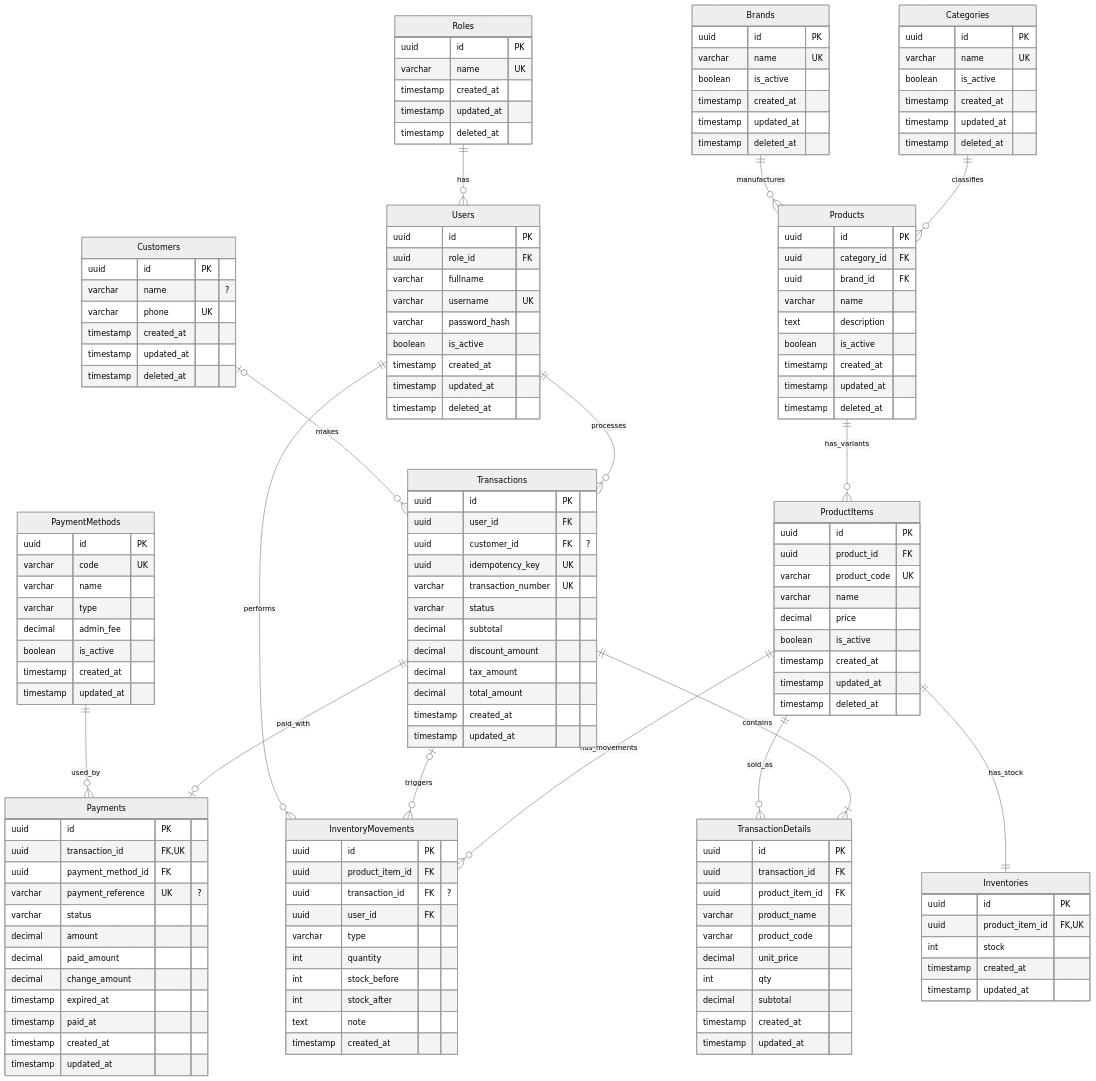
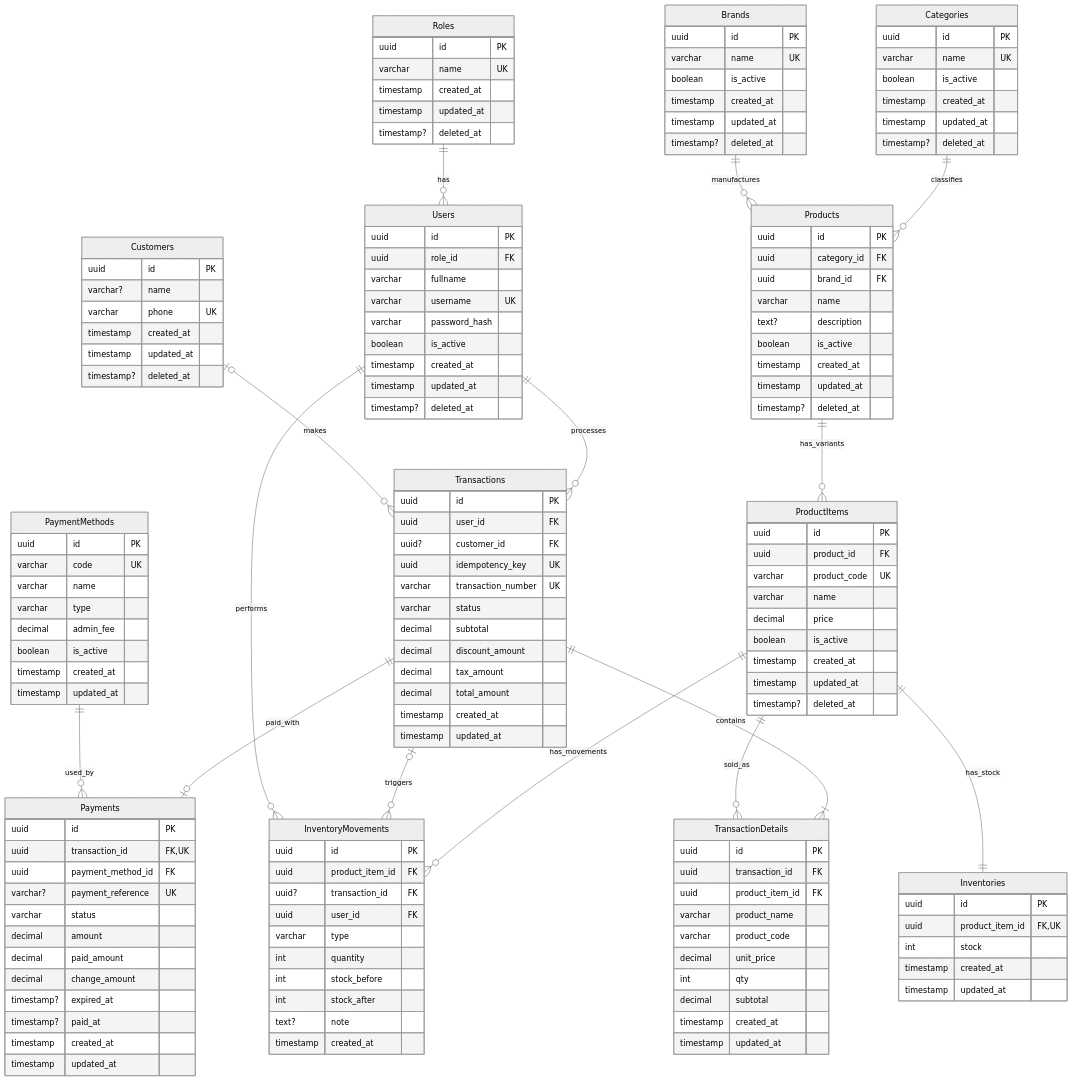
Before and after one commit to Koda-B8/NashTaGroup-Sandbox: the diagram in README.md, drawn with Mermaid (neutral theme).

Commit message:
refactor: update ERD to use optional fields for better clarity

````diff
--- a/README.md
+++ b/README.md
@@ -29,7 +29,7 @@
         varchar name UK
         timestamp created_at
         timestamp updated_at
-        timestamp deleted_at
+        timestamp? deleted_at
     }
 
     Users {
@@ -41,16 +41,16 @@
         boolean is_active
         timestamp created_at
         timestamp updated_at
-        timestamp deleted_at
+        timestamp? deleted_at
     }
 
     Customers {
         uuid id PK
-        varchar name "?"
+        varchar? name
         varchar phone UK
         timestamp created_at
         timestamp updated_at
-        timestamp deleted_at
+        timestamp? deleted_at
     }
 
     Categories {
@@ -59,7 +59,7 @@
         boolean is_active
         timestamp created_at
         timestamp updated_at
-        timestamp deleted_at
+        timestamp? deleted_at
     }
 
     Brands {
@@ -68,7 +68,7 @@
         boolean is_active
         timestamp created_at
         timestamp updated_at
-        timestamp deleted_at
+        timestamp? deleted_at
     }
 
     Products {
@@ -76,11 +76,11 @@
         uuid category_id FK
         uuid brand_id FK
         varchar name
-        text description
+        text? description
         boolean is_active
         timestamp created_at
         timestamp updated_at
-        timestamp deleted_at
+        timestamp? deleted_at
     }
 
     ProductItems {
@@ -92,7 +92,7 @@
         boolean is_active
         timestamp created_at
         timestamp updated_at
-        timestamp deleted_at
+        timestamp? deleted_at
     }
 
     Inventories {
@@ -106,7 +106,7 @@
     Transactions {
         uuid id PK
         uuid user_id FK
-        uuid customer_id FK "?"
+        uuid? customer_id FK
         uuid idempotency_key UK
         varchar transaction_number UK
         varchar status
@@ -146,13 +146,13 @@
         uuid id PK
         uuid transaction_id FK,UK
         uuid payment_method_id FK
-        varchar payment_reference UK "?"
+        varchar? payment_reference UK
         varchar status
         decimal amount
         decimal paid_amount
         decimal change_amount
-        timestamp expired_at
-        timestamp paid_at
+        timestamp? expired_at
+        timestamp? paid_at
         timestamp created_at
         timestamp updated_at
     }
@@ -160,13 +160,13 @@
     InventoryMovements {
         uuid id PK
         uuid product_item_id FK
-        uuid transaction_id FK "?"
+        uuid? transaction_id FK
         uuid user_id FK
         varchar type
         int quantity
         int stock_before
         int stock_after
-        text note
+        text? note
         timestamp created_at
     }
 ```
````
